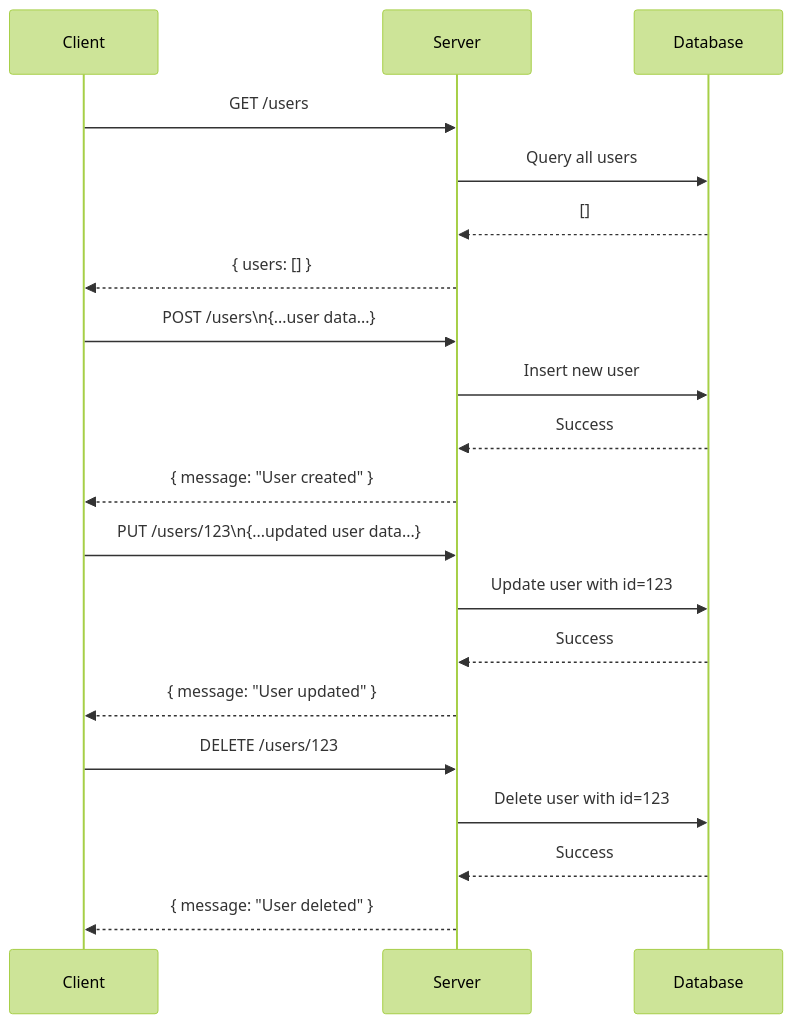
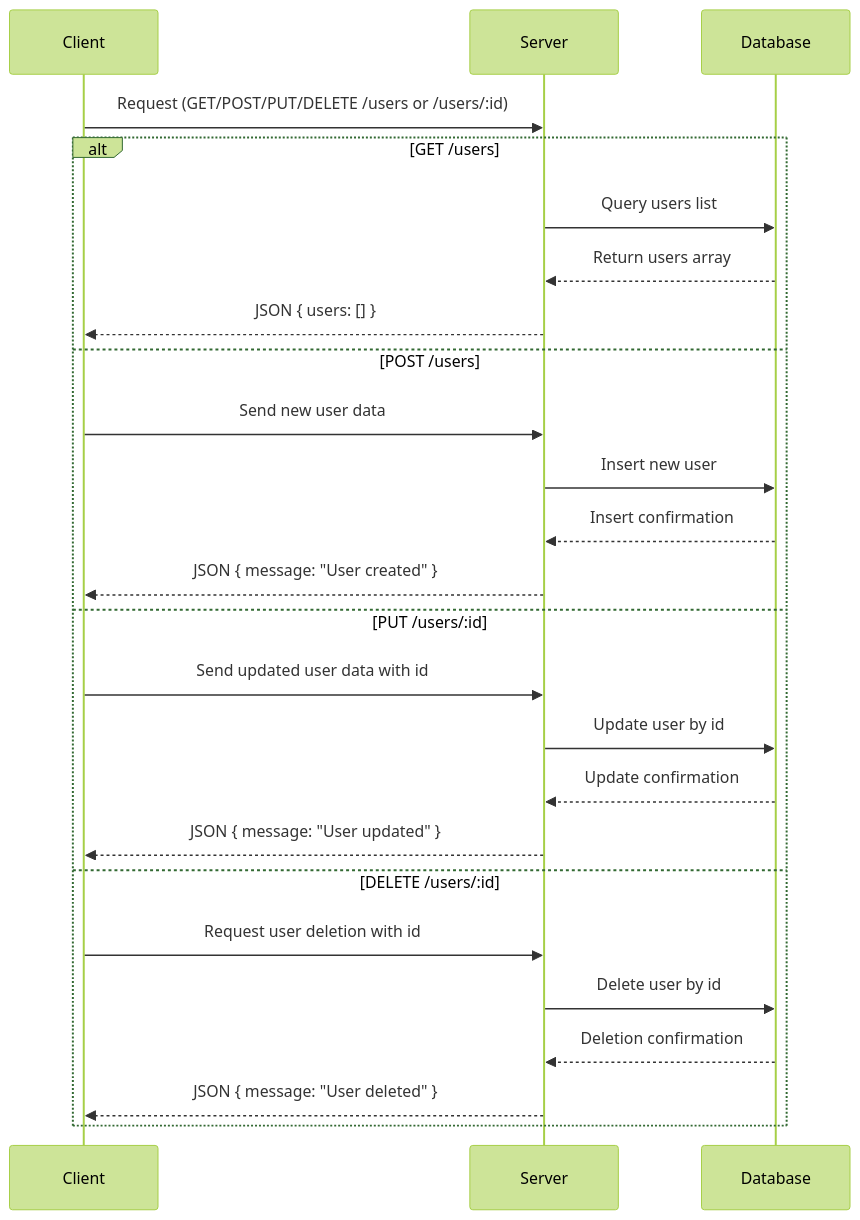
The diagram in generated-api-docs.md (shruthikha/sample-api-project), drawn with Mermaid (forest theme) before and after one commit. The commit also changed other lines of this file, not shown here.

````diff
--- a/generated-api-docs.md
+++ b/generated-api-docs.md
@@ -183,26 +247,28 @@
 ```mermaid
 sequenceDiagram
     participant Client
     participant Server
     participant Database
 
-    Client->>Server: GET /users
-    Server->>Database: Query all users
-    Database-->>Server: []
-    Server-->>Client: { users: [] }
-
-    Client->>Server: POST /users\n{...user data...}
-    Server->>Database: Insert new user
-    Database-->>Server: Success
-    Server-->>Client: { message: "User created" }
-
-    Client->>Server: PUT /users/123\n{...updated user data...}
-    Server->>Database: Update user with id=123
-    Database-->>Server: Success
-    Server-->>Client: { message: "User updated" }
-
-    Client->>Server: DELETE /users/123
-    Server->>Database: Delete user with id=123
-    Database-->>Server: Success
-    Server-->>Client: { message: "User deleted" }
+    Client->>Server: Request (GET/POST/PUT/DELETE /users or /users/:id)
+    alt GET /users
+        Server->>Database: Query users list
+        Database-->>Server: Return users array
+        Server-->>Client: JSON { users: [] }
+    else POST /users
+        Client->>Server: Send new user data
+        Server->>Database: Insert new user
+        Database-->>Server: Insert confirmation
+        Server-->>Client: JSON { message: "User created" }
+    else PUT /users/:id
+        Client->>Server: Send updated user data with id
+        Server->>Database: Update user by id
+        Database-->>Server: Update confirmation
+        Server-->>Client: JSON { message: "User updated" }
+    else DELETE /users/:id
+        Client->>Server: Request user deletion with id
+        Server->>Database: Delete user by id
+        Database-->>Server: Deletion confirmation
+        Server-->>Client: JSON { message: "User deleted" }
+    end
 ```
````
